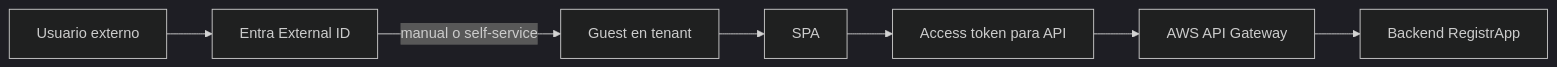
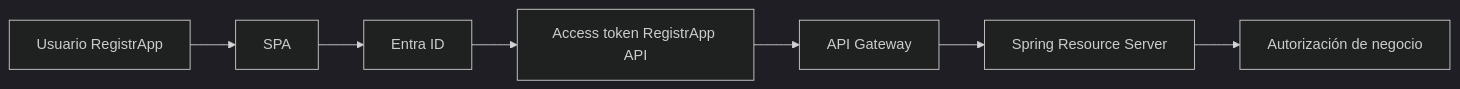
Before and after one commit to cmartinezs/DSY1107-DESARROLLO-CLOUD-NATIVE-I-2026-2: the fourth of 4 diagrams in proyecto-formativo/semana-04/guia-operativa-identidad-entra.md, drawn with Mermaid (dark theme). The commit also changed other lines of this file, not shown here.

Commit message:
docs(registrapp): separate base identity gate from self-service extension

````diff
--- a/proyecto-formativo/semana-04/guia-operativa-identidad-entra.md
+++ b/proyecto-formativo/semana-04/guia-operativa-identidad-entra.md
@@ -39,9 +91,9 @@
 ```mermaid
 flowchart LR
-    U[Usuario externo] --> IDP[Entra External ID]
-    IDP -->|manual o self-service| G[Guest en tenant]
-    G --> SPA[SPA]
-    SPA --> TOKEN[Access token para API]
-    TOKEN --> GW[AWS API Gateway]
-    GW --> API[Backend RegistrApp]
+    U[Usuario RegistrApp] --> SPA[SPA]
+    SPA --> IDP[Entra ID]
+    IDP --> TOKEN[Access token RegistrApp API]
+    TOKEN --> GW[API Gateway]
+    GW --> API[Spring Resource Server]
+    API --> DOMAIN[Autorización de negocio]
 ```
````
